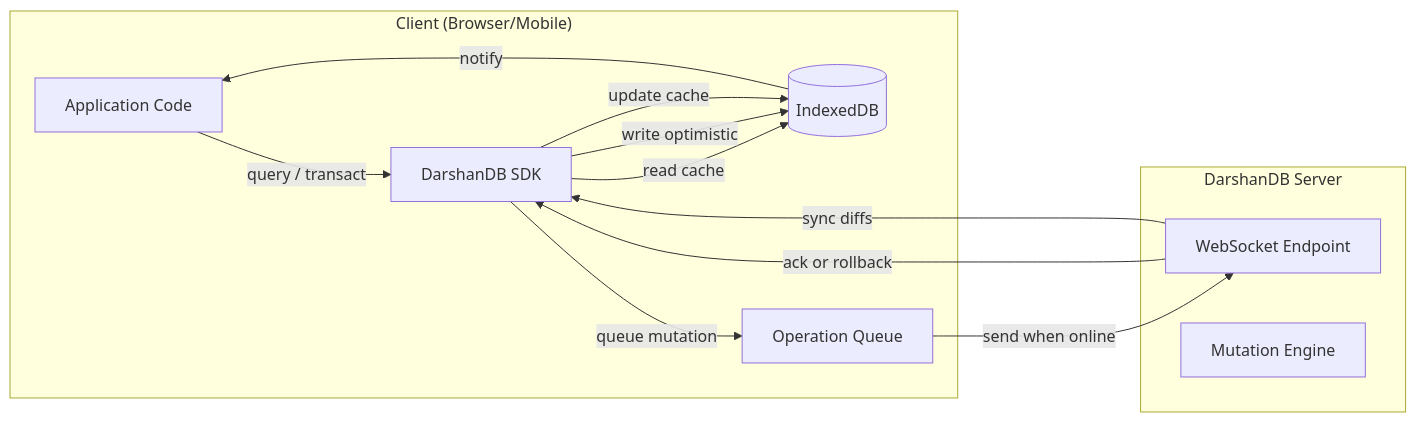
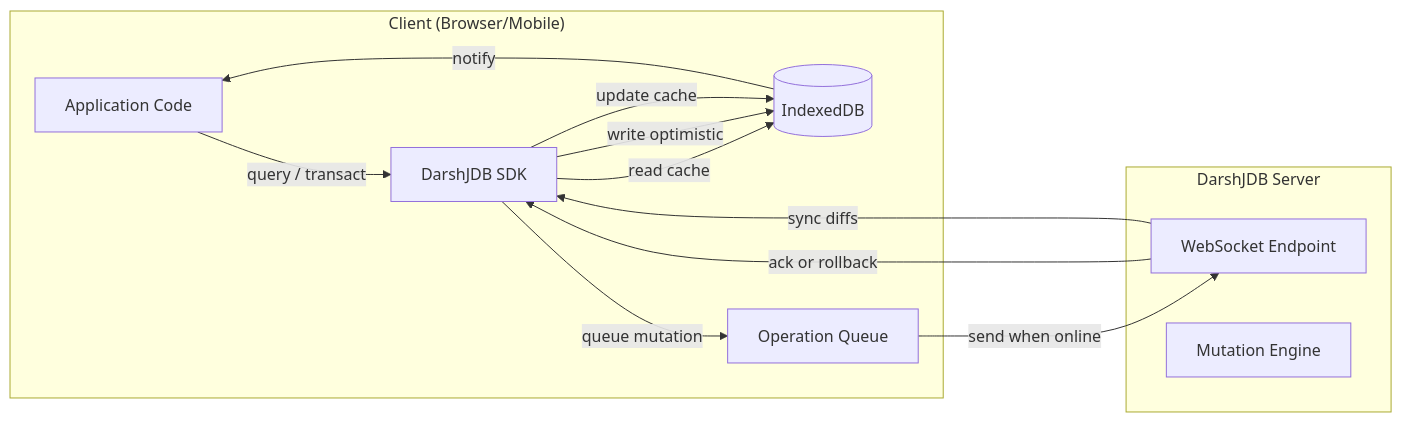
The fourth of 8 diagrams in docs/architecture.md (darshjme/darshjdb), drawn with Mermaid before and after one commit. The commit also changed other lines of this file and 107 other files, not shown here.

First line of the commit message:
rebrand: DarshanDB → DarshJDB (DDB)

````diff
--- a/docs/architecture.md
+++ b/docs/architecture.md
@@ -234,24 +234,24 @@
 ```mermaid
 flowchart LR
     subgraph Client["Client (Browser/Mobile)"]
         App[Application Code]
-        SDK[DarshanDB SDK]
+        SDK[DarshJDB SDK]
         IDB[(IndexedDB)]
         OQ[Operation Queue]
     end
 
-    subgraph Server["DarshanDB Server"]
+    subgraph Server["DarshJDB Server"]
         WS[WebSocket Endpoint]
         ME[Mutation Engine]
     end
 
     App -->|query / transact| SDK
     SDK -->|read cache| IDB
     SDK -->|write optimistic| IDB
     SDK -->|queue mutation| OQ
     OQ -->|send when online| WS
     WS -->|ack or rollback| SDK
     WS -->|sync diffs| SDK
     SDK -->|update cache| IDB
     IDB -->|notify| App
 ```
````
